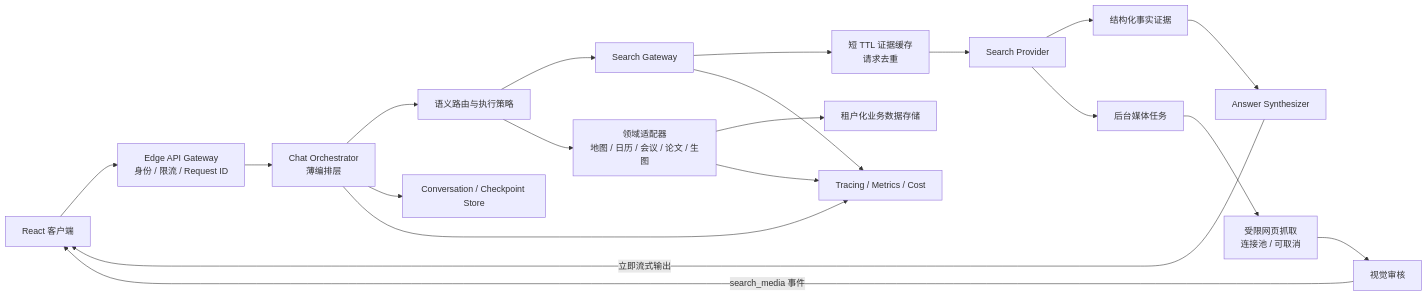
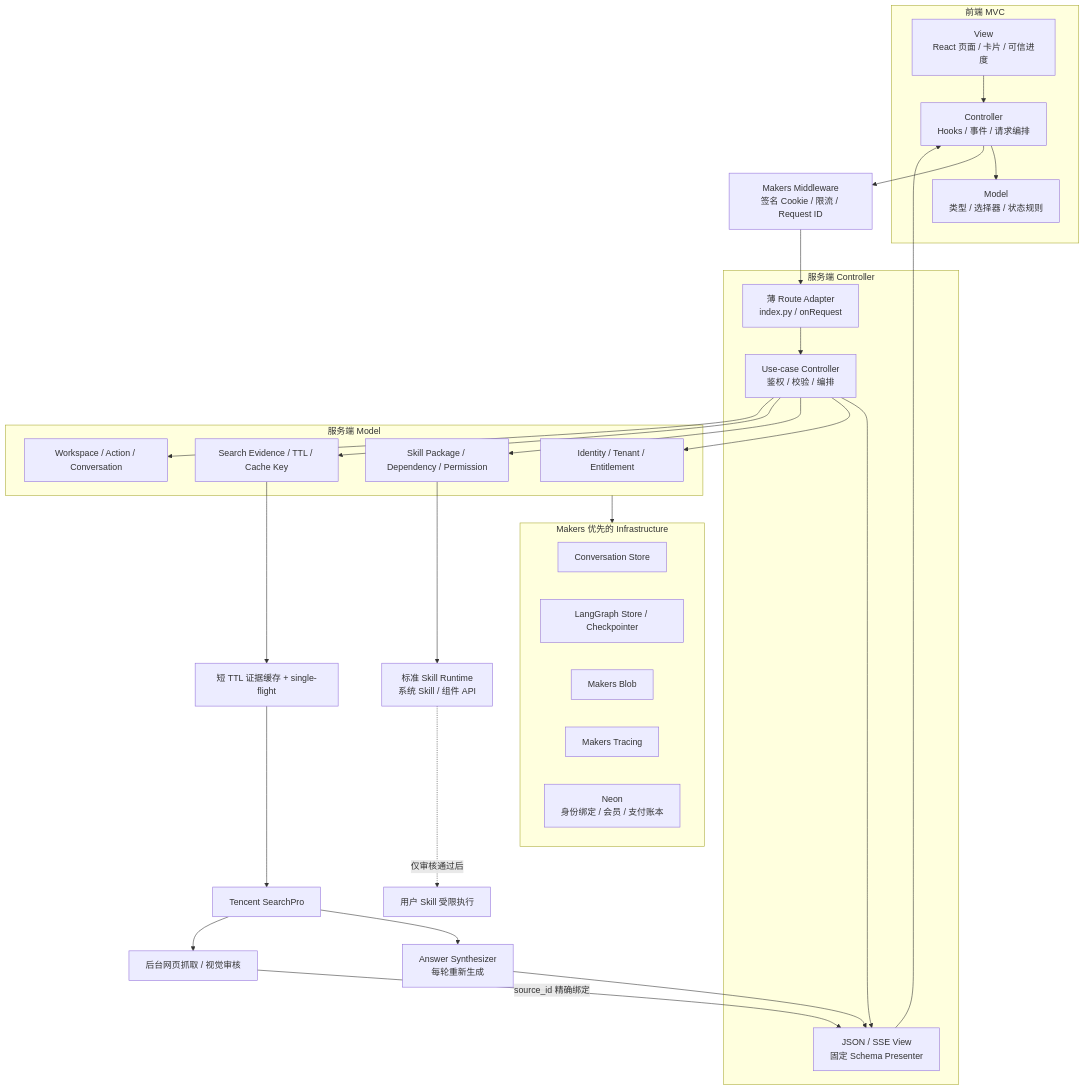
One commit to wangjr20210114-hue/-ai- changed the third of 7 diagrams in ARCHITECTURE_PLAN.md. Above: the diagram before and after it, drawn with Mermaid. The commit also changed other lines of this file and 145 other files, not shown here.

Commit message:
feat: add multi-tenant MVC and Skills platform

````diff
--- a/ARCHITECTURE_PLAN.md
+++ b/ARCHITECTURE_PLAN.md
@@ -155,26 +166,51 @@
 ```mermaid
-flowchart LR
-    U["React 客户端"] --> GW["Edge API Gateway<br/>身份 / 限流 / Request ID"]
-    GW --> O["Chat Orchestrator<br/>薄编排层"]
+flowchart TB
+    subgraph FV["前端 MVC"]
+        V["View<br/>React 页面 / 卡片 / 可信进度"]
+        FC["Controller<br/>Hooks / 事件 / 请求编排"]
+        FM["Model<br/>类型 / 选择器 / 状态规则"]
+        V --> FC
+        FC --> FM
+    end
 
-    O --> R["语义路由与执行策略"]
-    R --> SG["Search Gateway"]
-    R --> DA["领域适配器<br/>地图 / 日历 / 会议 / 论文 / 生图"]
+    FC --> MW["Makers Middleware<br/>签名 Cookie / 限流 / Request ID"]
 
-    SG --> C["短 TTL 证据缓存<br/>请求去重"]
-    C --> SP["Search Provider"]
-    SP --> EV["结构化事实证据"]
-    EV --> AS["Answer Synthesizer"]
-    AS -->|"立即流式输出"| U
+    subgraph BC["服务端 Controller"]
+        RA["薄 Route Adapter<br/>index.py / onRequest"]
+        UC["Use-case Controller<br/>鉴权 / 校验 / 编排"]
+        PV["JSON / SSE View<br/>固定 Schema Presenter"]
+        RA --> UC
+        UC --> PV
+    end
+    MW --> RA
+    PV --> FC
 
-    SP --> MQ["后台媒体任务"]
-    MQ --> HP["受限网页抓取<br/>连接池 / 可取消"]
-    HP --> VV["视觉审核"]
-    VV -->|"search_media 事件"| U
+    subgraph BM["服务端 Model"]
+        ID["Identity / Tenant / Entitlement"]
+        SK["Skill Package / Dependency / Permission"]
+        SE["Search Evidence / TTL / Cache Key"]
+        WS["Workspace / Action / Conversation"]
+    end
+    UC --> ID
+    UC --> SK
+    UC --> SE
+    UC --> WS
 
-    O --> ES["Conversation / Checkpoint Store"]
-    DA --> DS["租户化业务数据存储"]
-    O --> OB["Tracing / Metrics / Cost"]
-    SG --> OB
-    DA --> OB
+    subgraph INF["Makers 优先的 Infrastructure"]
+        CS["Conversation Store"]
+        CP["LangGraph Store / Checkpointer"]
+        B["Makers Blob"]
+        TR["Makers Tracing"]
+        PG["Neon<br/>身份绑定 / 会员 / 支付账本"]
+    end
+    BM --> INF
+
+    SK --> SG["标准 Skill Runtime<br/>系统 Skill / 组件 API"]
+    SG -. "仅审核通过后" .-> US["用户 Skill 受限执行"]
+    SE --> EC["短 TTL 证据缓存 + single-flight"]
+    EC --> SP["Tencent SearchPro"]
+    SP --> AS["Answer Synthesizer<br/>每轮重新生成"]
+    AS --> PV
+    SP --> MP["后台网页抓取 / 视觉审核"]
+    MP -->|"source_id 精确绑定"| PV
 ```
````
